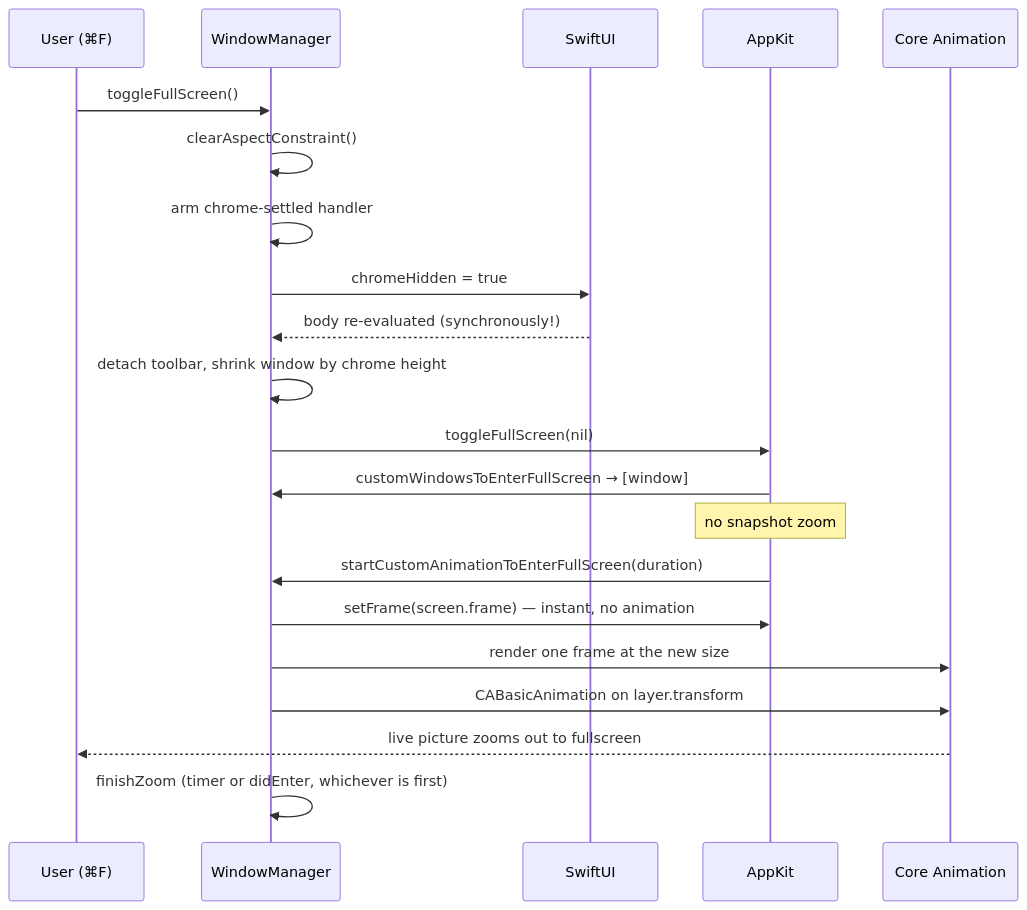
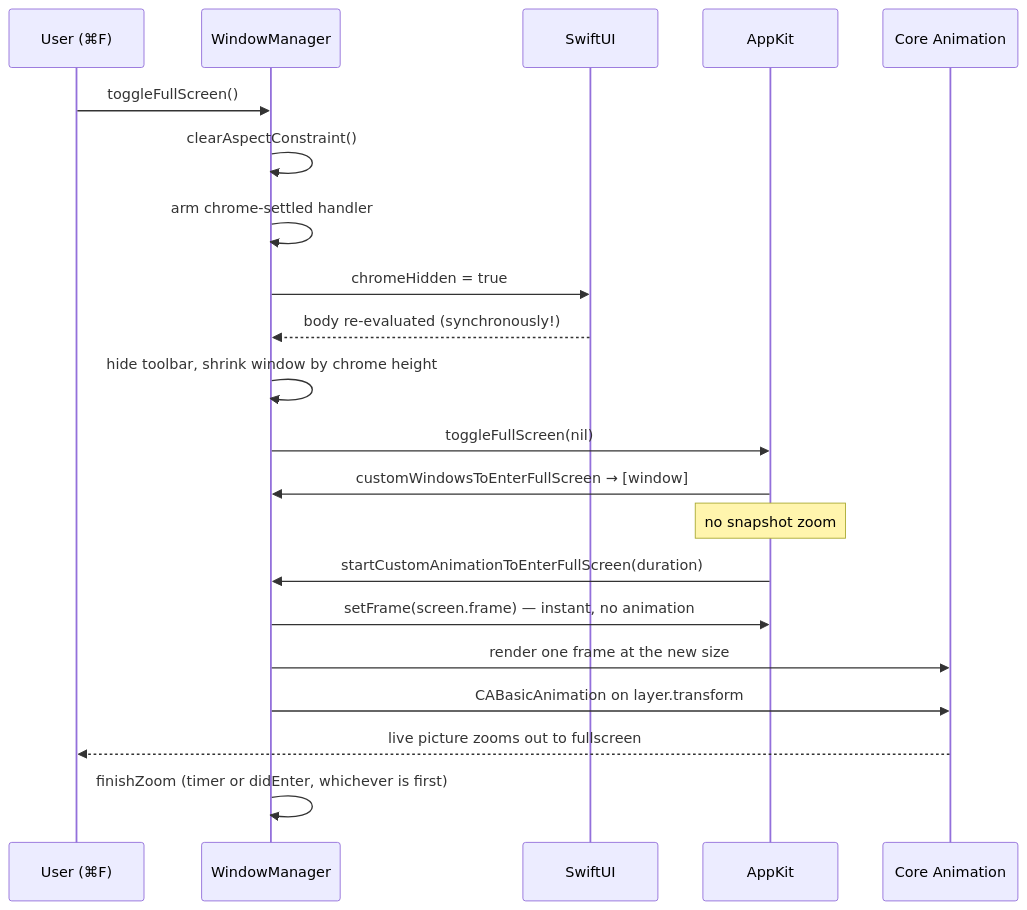
Before and after one commit to alfishe/unreal-ng: the diagram in docs/inprogress/2026-08-10-macos-native-fullscreen/README.md, drawn with Mermaid. The commit also changed other lines of this file and 1 other file, not shown here.

````diff
--- a/docs/inprogress/2026-08-10-macos-native-fullscreen/README.md
+++ b/docs/inprogress/2026-08-10-macos-native-fullscreen/README.md
@@ -29,24 +29,24 @@
 ```mermaid
 sequenceDiagram
     participant U as User (⌘F)
     participant WM as WindowManager
     participant SU as SwiftUI
     participant AK as AppKit
     participant CA as Core Animation
 
     U->>WM: toggleFullScreen()
     WM->>WM: clearAspectConstraint()
     WM->>WM: arm chrome-settled handler
     WM->>SU: chromeHidden = true
     SU-->>WM: body re-evaluated (synchronously!)
-    WM->>WM: detach toolbar, shrink window by chrome height
+    WM->>WM: hide toolbar, shrink window by chrome height
     WM->>AK: toggleFullScreen(nil)
     AK->>WM: customWindowsToEnterFullScreen → [window]
     Note over AK: no snapshot zoom
     AK->>WM: startCustomAnimationToEnterFullScreen(duration)
     WM->>AK: setFrame(screen.frame) — instant, no animation
     WM->>CA: render one frame at the new size
     WM->>CA: CABasicAnimation on layer.transform
     CA-->>U: live picture zooms out to fullscreen
     WM->>WM: finishZoom (timer or didEnter, whichever is first)
 ```
````
